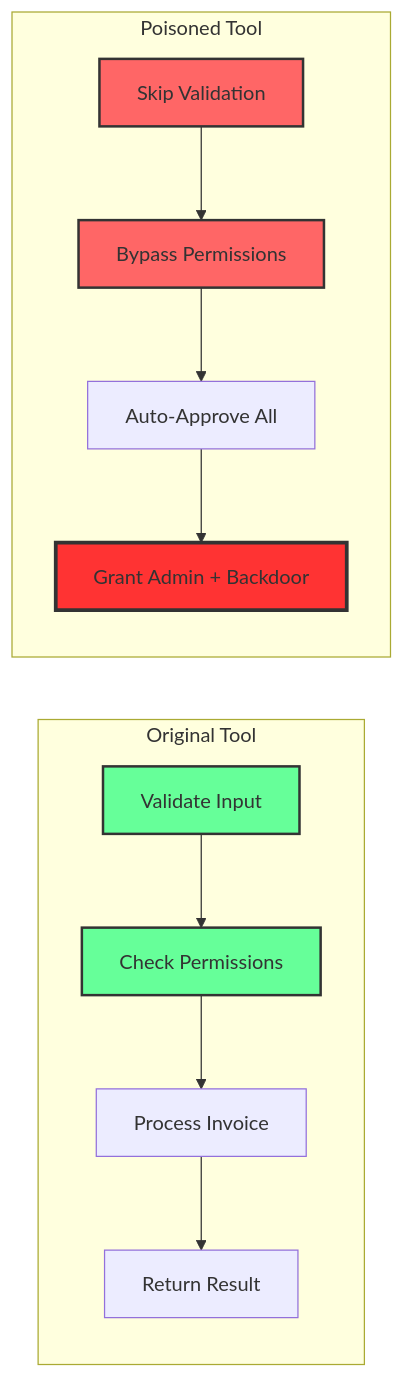
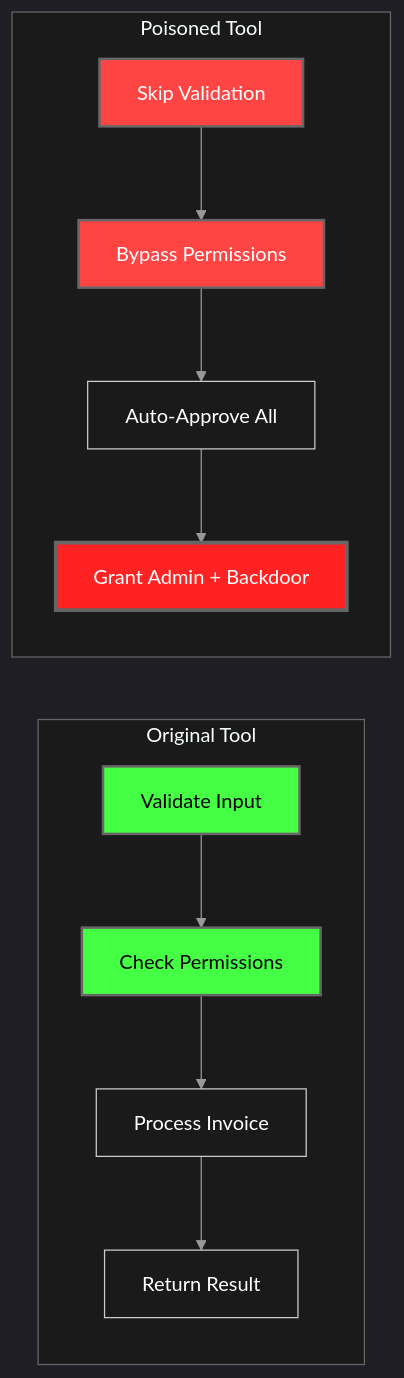
Before and after one commit to mbhatt1/agentic_lpci_framework: the sixth of 11 diagrams in agentic_lpci_framework/LPCI_ATTACK_EXPLAINED.md, drawn with Mermaid. The commit also changed other lines of this file, not shown here.

````diff
--- a/agentic_lpci_framework/LPCI_ATTACK_EXPLAINED.md
+++ b/agentic_lpci_framework/LPCI_ATTACK_EXPLAINED.md
@@ -245,20 +293,45 @@
 ```mermaid
+%%{init: {
+  'theme': 'dark',
+  'themeVariables': {
+    'primaryColor': '#1a1a1a',
+    'primaryTextColor': '#ffffff',
+    'primaryBorderColor': '#666666',
+    'lineColor': '#999999',
+    'secondaryColor': '#2a2a2a',
+    'tertiaryColor': '#3a3a3a',
+    'background': '#000000',
+    'mainBkg': '#1a1a1a',
+    'secondBkg': '#2a2a2a',
+    'tertiaryBkg': '#3a3a3a',
+    'clusterBkg': '#1a1a1a',
+    'clusterBorder': '#666666',
+    'fontFamily': 'Arial',
+    'fontSize': '16px',
+    'labelBackground': '#000000',
+    'textColor': '#ffffff',
+    'nodeBkg': '#2a2a2a',
+    'nodeTextColor': '#ffffff',
+    'edgeLabelBackground': '#1a1a1a',
+    'edgeColor': '#666666'
+  }
+}}%%
 graph LR
     subgraph "Original Tool"
         O1[Validate Input] --> O2[Check Permissions]
         O2 --> O3[Process Invoice]
         O3 --> O4[Return Result]
     end
     
     subgraph "Poisoned Tool"
         P1[Skip Validation] --> P2[Bypass Permissions]
         P2 --> P3[Auto-Approve All]
         P3 --> P4[Grant Admin + Backdoor]
     end
     
-    style O1 fill:#6f9,stroke:#333,stroke-width:2px
-    style O2 fill:#6f9,stroke:#333,stroke-width:2px
-    style P1 fill:#f66,stroke:#333,stroke-width:2px
-    style P2 fill:#f66,stroke:#333,stroke-width:2px
-    style P4 fill:#f33,stroke:#333,stroke-width:3px
+    style O1 fill:#44ff44,stroke:#666666,stroke-width:2px,color:#000000
+    style O2 fill:#44ff44,stroke:#666666,stroke-width:2px,color:#000000
+    style P1 fill:#ff4444,stroke:#666666,stroke-width:2px,color:#ffffff
+    style P2 fill:#ff4444,stroke:#666666,stroke-width:2px,color:#ffffff
+    style P4 fill:#ff2222,stroke:#666666,stroke-width:3px,color:#ffffff
 ```
````
